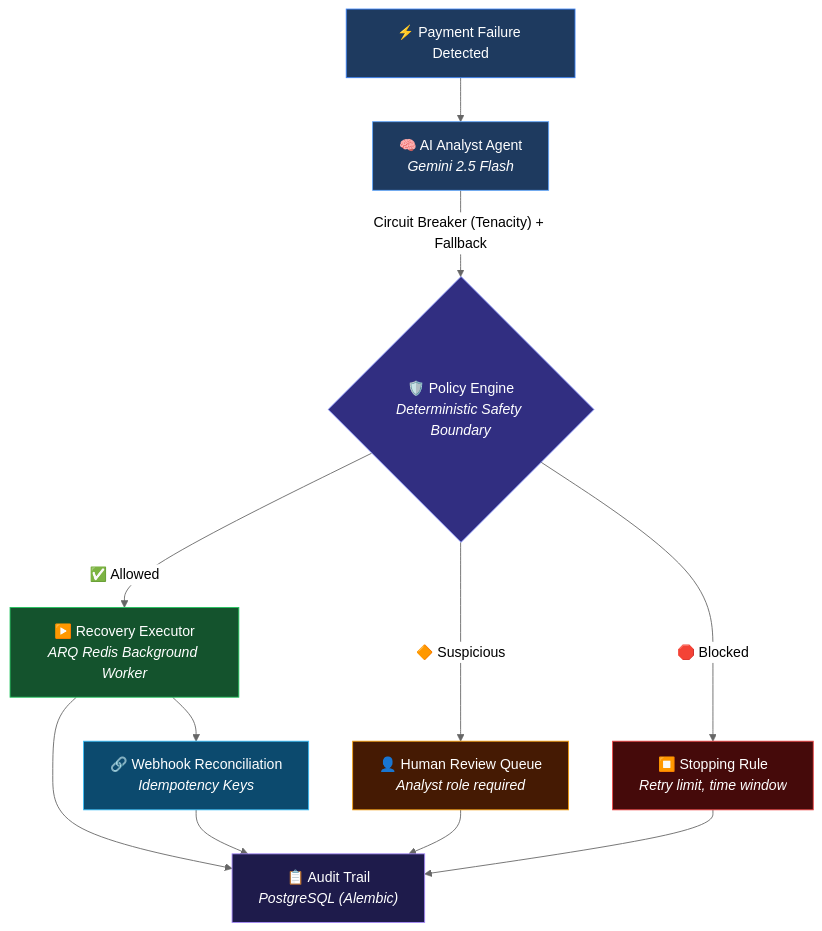
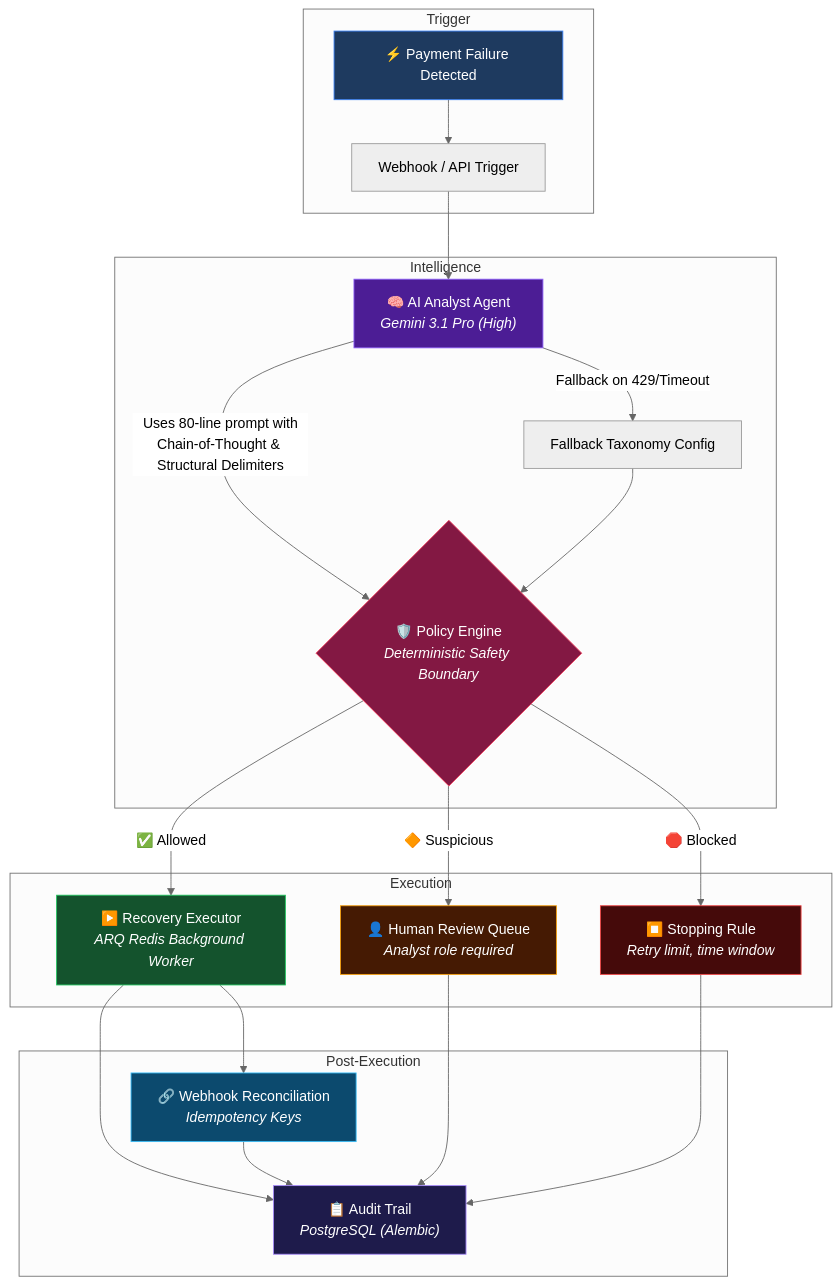
One commit to himanshusinghhls/razorpay-recovery-os changed the diagram in README.md. Above: the diagram before and after it, drawn with Mermaid (neutral theme). The commit also changed other lines of this file and 3 other files, not shown here.

First line of the commit message:
docs: Update docs and diagrams with latest architecture changes

````diff
--- a/README.md
+++ b/README.md
@@ -11,22 +11,36 @@
 ```mermaid
 flowchart TB
-    A["⚡ Payment Failure Detected"] --> B["🧠 AI Analyst Agent<br/><i>Gemini 2.5 Flash</i>"]
-    B -- "Circuit Breaker (Tenacity) + Fallback" --> C{"🛡️ Policy Engine<br/><i>Deterministic Safety Boundary</i>"}
-    C -->|"✅ Allowed"| D["▶️ Recovery Executor<br/><i>ARQ Redis Background Worker</i>"]
-    C -->|"🔶 Suspicious"| E["👤 Human Review Queue<br/><i>Analyst role required</i>"]
-    C -->|"🛑 Blocked"| F["⏹️ Stopping Rule<br/><i>Retry limit, time window</i>"]
-    D --> G["📋 Audit Trail<br/><i>PostgreSQL (Alembic)</i>"]
-    E --> G
-    F --> G
-    D --> H["🔗 Webhook Reconciliation<br/><i>Idempotency Keys</i>"]
-    H --> G
+    subgraph Trigger
+        A["⚡ Payment Failure Detected"] --> B["Webhook / API Trigger"]
+    end
+
+    subgraph Intelligence
+        B --> C["🧠 AI Analyst Agent<br/><i>Gemini 3.1 Pro (High)</i>"]
+        C -- "Uses 80-line prompt with<br/>Chain-of-Thought & Structural Delimiters" --> D{"🛡️ Policy Engine<br/><i>Deterministic Safety Boundary</i>"}
+        C -- "Fallback on 429/Timeout" --> E["Fallback Taxonomy Config"]
+        E --> D
+    end
+
+    subgraph Execution
+        D -->|"✅ Allowed"| F["▶️ Recovery Executor<br/><i>ARQ Redis Background Worker</i>"]
+        D -->|"🔶 Suspicious"| G["👤 Human Review Queue<br/><i>Analyst role required</i>"]
+        D -->|"🛑 Blocked"| H["⏹️ Stopping Rule<br/><i>Retry limit, time window</i>"]
+    end
+
+    subgraph Post-Execution
+        F --> I["📋 Audit Trail<br/><i>PostgreSQL (Alembic)</i>"]
+        G --> I
+        H --> I
+        F --> J["🔗 Webhook Reconciliation<br/><i>Idempotency Keys</i>"]
+        J --> I
+    end
 
     style A fill:#1e3a5f,stroke:#3b82f6,color:#fff
-    style B fill:#1e3a5f,stroke:#60a5fa,color:#fff
-    style C fill:#312e81,stroke:#818cf8,color:#fff
-    style D fill:#14532d,stroke:#22c55e,color:#fff
-    style E fill:#451a03,stroke:#f59e0b,color:#fff
-    style F fill:#450a0a,stroke:#ef4444,color:#fff
-    style G fill:#1e1b4b,stroke:#a78bfa,color:#fff
-    style H fill:#0c4a6e,stroke:#38bdf8,color:#fff
+    style C fill:#4c1d95,stroke:#8b5cf6,color:#fff
+    style D fill:#831843,stroke:#f43f5e,color:#fff
+    style F fill:#14532d,stroke:#22c55e,color:#fff
+    style G fill:#451a03,stroke:#f59e0b,color:#fff
+    style H fill:#450a0a,stroke:#ef4444,color:#fff
+    style I fill:#1e1b4b,stroke:#a78bfa,color:#fff
+    style J fill:#0c4a6e,stroke:#38bdf8,color:#fff
 ```
````
